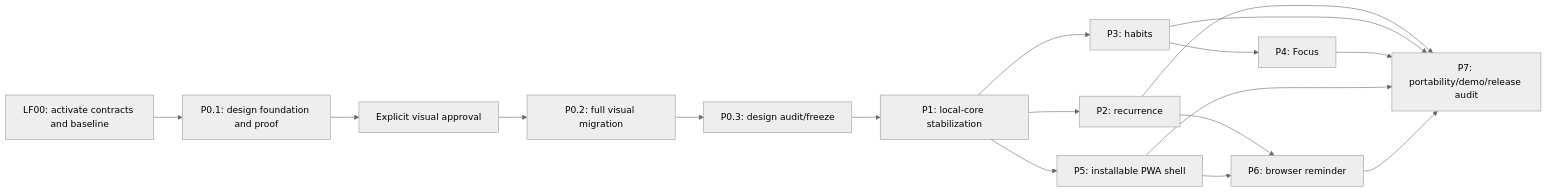
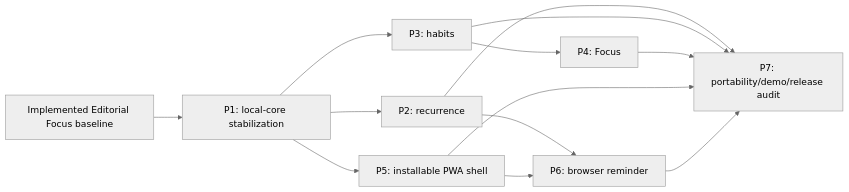
The diagram in docs/IMPLEMENTATION_PLAN.md (felixfirefighter/opentask), drawn with Mermaid (neutral theme) before and after one commit. The commit also changed other lines of this file and 54 other files, not shown here.

````diff
--- a/docs/IMPLEMENTATION_PLAN.md
+++ b/docs/IMPLEMENTATION_PLAN.md
@@ -27,19 +23,15 @@
 ```mermaid
 flowchart LR
-    LF00["LF00: activate contracts and baseline"] --> P0A["P0.1: design foundation and proof"]
-    P0A --> APPROVAL["Explicit visual approval"]
-    APPROVAL --> P0B["P0.2: full visual migration"]
-    P0B --> P0C["P0.3: design audit/freeze"]
-    P0C --> P1["P1: local-core stabilization"]
+    BASELINE["Implemented Editorial Focus baseline"] --> P1["P1: local-core stabilization"]
     P1 --> P2["P2: recurrence"]
     P1 --> P3["P3: habits"]
     P1 --> P5["P5: installable PWA shell"]
     P3 --> P4["P4: Focus"]
     P2 --> P6["P6: browser reminder"]
     P5 --> P6
     P2 --> P7["P7: portability/demo/release audit"]
     P3 --> P7
     P4 --> P7
     P5 --> P7
     P6 --> P7
 ```
````
